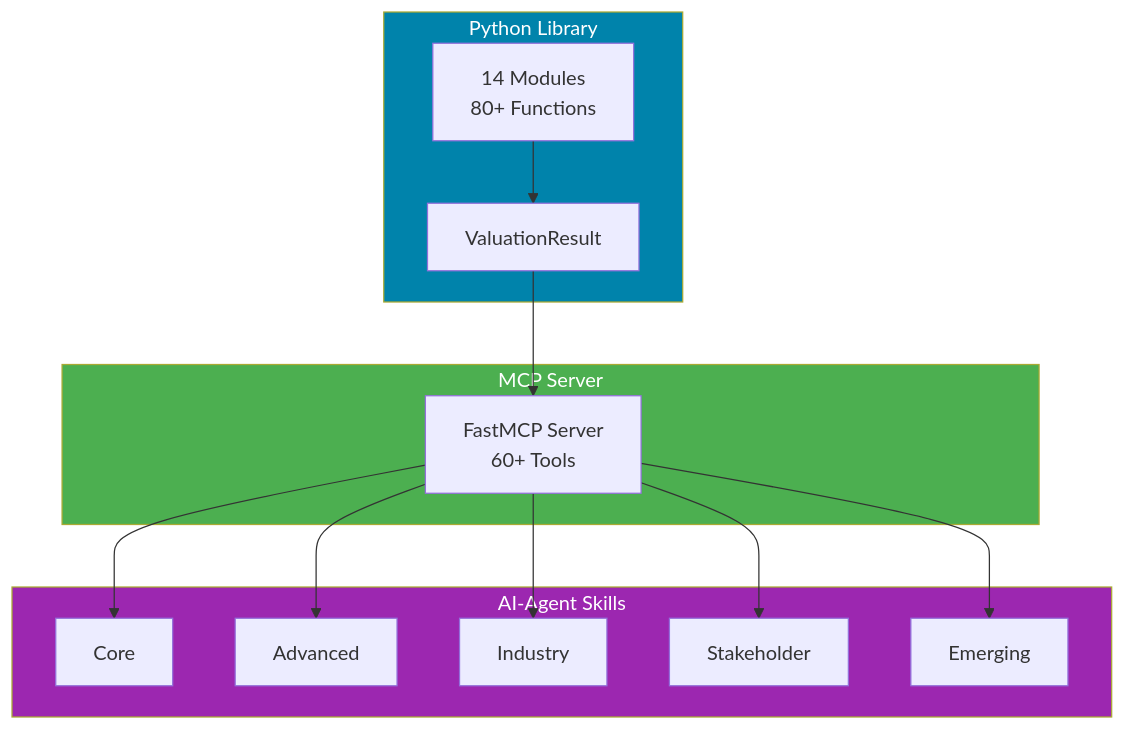
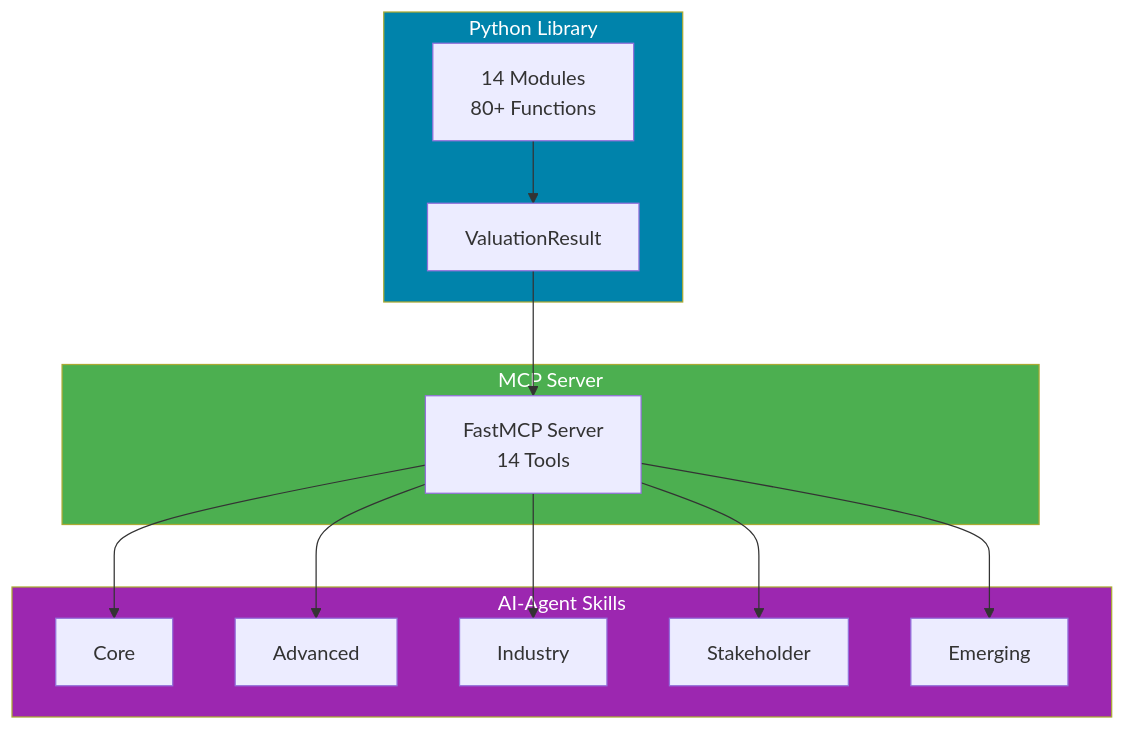
One commit to simonmak-ascent/startup-valuation changed the diagram in README.md. Above: the diagram before and after it, drawn with Mermaid. The commit also changed other lines of this file and 16 other files, not shown here.

First line of the commit message:
feat(mcp): fold to 14 TDQS-scored tools + registry distribution (#21)

````diff
--- a/README.md
+++ b/README.md
@@ -19,19 +21,19 @@
 ```mermaid
 graph TB
     subgraph Library["Python Library"]
         MOD["14 Modules<br/>80+ Functions"] --> VR["ValuationResult"]
     end
     subgraph MCP["MCP Server"]
-        VR --> SVR["FastMCP Server<br/>60+ Tools"]
+        VR --> SVR["FastMCP Server<br/>14 Tools"]
     end
     subgraph Skills["AI-Agent Skills"]
         SVR --> CORE["Core"]
         SVR --> ADV["Advanced"]
         SVR --> IND["Industry"]
         SVR --> STAKE["Stakeholder"]
         SVR --> EMER["Emerging"]
     end
     style Library fill:#0083AB,color:#fff
     style MCP fill:#4CAF50,color:#fff
     style Skills fill:#9C27B0,color:#fff
 ```
````
